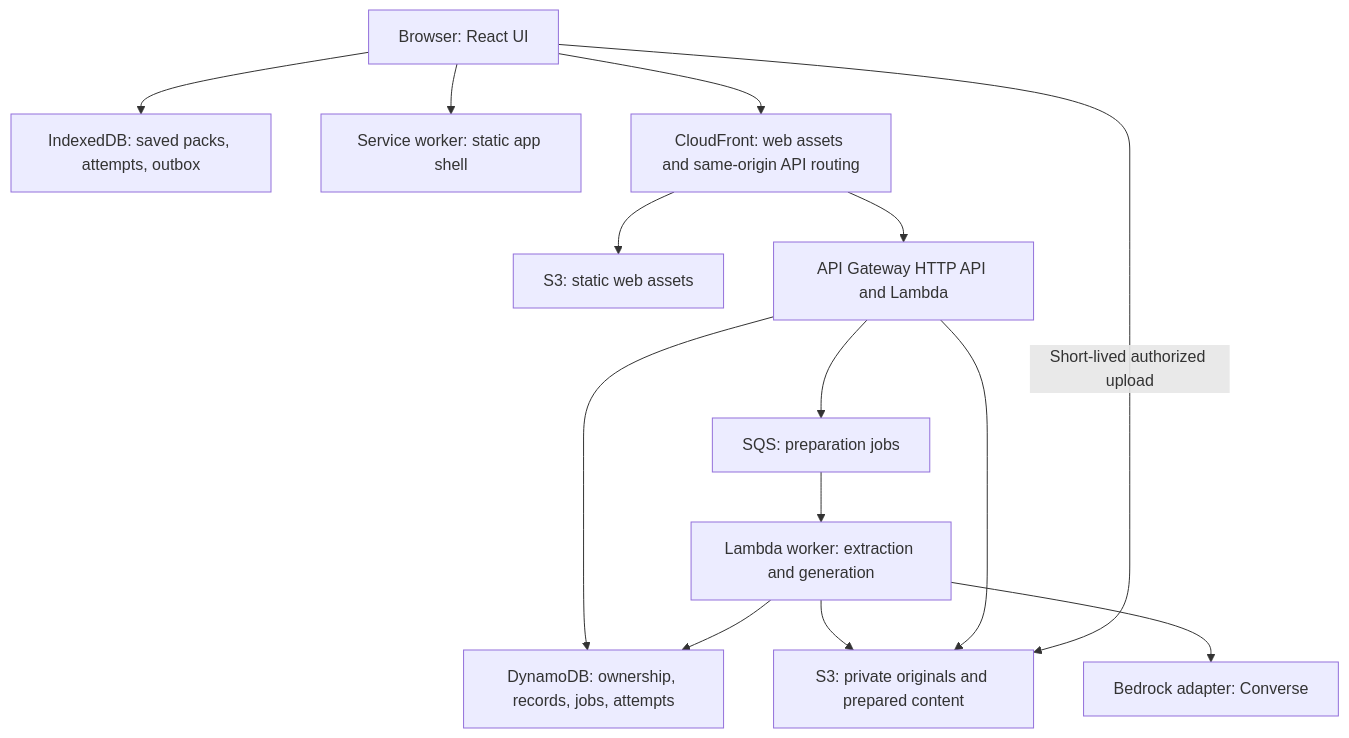
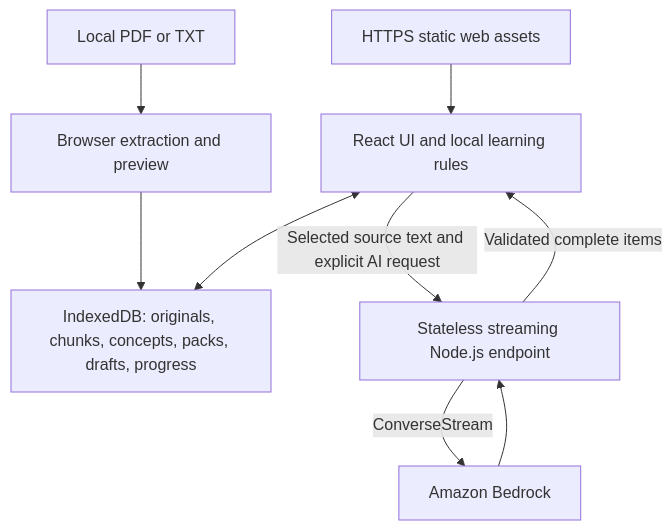
The diagram in docs/roadmap/architecture.md (Onyekachukwu-Nweke/tai), drawn with Mermaid before and after one commit. The commit also changed other lines of this file and 16 other files, not shown here.

````diff
--- a/docs/roadmap/architecture.md
+++ b/docs/roadmap/architecture.md
@@ -7,16 +7,11 @@
 ```mermaid
 flowchart TD
-    Learner[Browser: React UI] --> Local[IndexedDB: saved packs, attempts, outbox]
-    Learner --> SW[Service worker: static app shell]
-    Learner --> CDN[CloudFront: web assets and same-origin API routing]
-    CDN --> Web[S3: static web assets]
-    CDN --> API[API Gateway HTTP API and Lambda]
-    API --> DB[DynamoDB: ownership, records, jobs, attempts]
-    API --> Q[SQS: preparation jobs]
-    Q --> Worker[Lambda worker: extraction and generation]
-    Worker --> Source[S3: private originals and prepared content]
-    Worker --> AI[Bedrock adapter: Converse]
-    Worker --> DB
-    API --> Source
-    Learner -->|Short-lived authorized upload| Source
+    Files[Local PDF or TXT] --> Parse[Browser extraction and preview]
+    Parse --> DB[IndexedDB: originals, chunks, concepts, packs, drafts, progress]
+    UI[React UI and local learning rules] <--> DB
+    UI -->|Selected source text and explicit AI request| API[Stateless streaming Node.js endpoint]
+    API -->|ConverseStream| AI[Amazon Bedrock]
+    AI --> API
+    API -->|Validated complete items| UI
+    Static[HTTPS static web assets] --> UI
 ```
````
